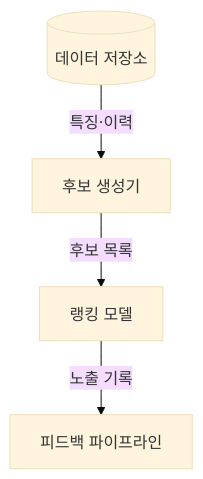
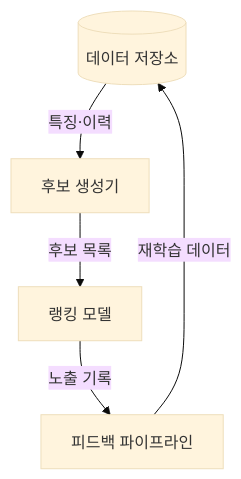
The first of 2 diagrams in src/content/docs/notes/01-basic-theory/054_recommendation_system.md (agnusdei1207/knowledge-base), drawn with Mermaid (base theme) before and after one commit. The commit also changed other lines of this file and 10 other files, not shown here.

````diff
--- a/src/content/docs/notes/01-basic-theory/054_recommendation_system.md
+++ b/src/content/docs/notes/01-basic-theory/054_recommendation_system.md
@@ -62,10 +66,11 @@
 ```mermaid
 flowchart TB
     D[(데이터 저장소)]
     C[후보 생성기]
     R[랭킹 모델]
     P[피드백 파이프라인]
     D -->|특징·이력| C
     C -->|후보 목록| R
     R -->|노출 기록| P
+    P -->|재학습 데이터| D
 ```
````
